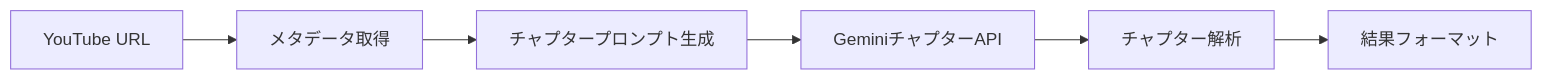
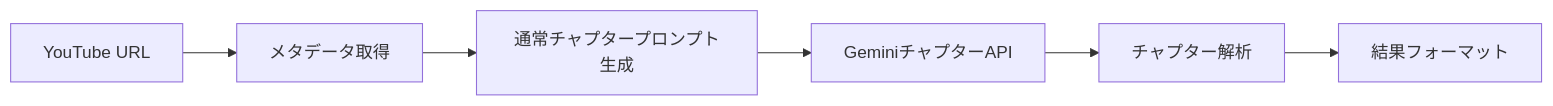
The fourth of 5 diagrams in memory-bank/systemPatterns.md (yutawtr1214/youtube-samalizer), drawn with Mermaid before and after one commit. The commit also changed other lines of this file and 12 other files, not shown here.

````diff
--- a/memory-bank/systemPatterns.md
+++ b/memory-bank/systemPatterns.md
@@ -105,8 +111,8 @@
 ```mermaid
 graph LR
     URL[YouTube URL] --> Meta[メタデータ取得]
-    Meta --> Prompt[チャプタープロンプト生成]
+    Meta --> Prompt[通常チャプタープロンプト生成]
     Prompt --> GeminiChap[GeminiチャプターAPI]
     GeminiChap --> ParseChap[チャプター解析]
     ParseChap --> Format[結果フォーマット]
 ```
````
